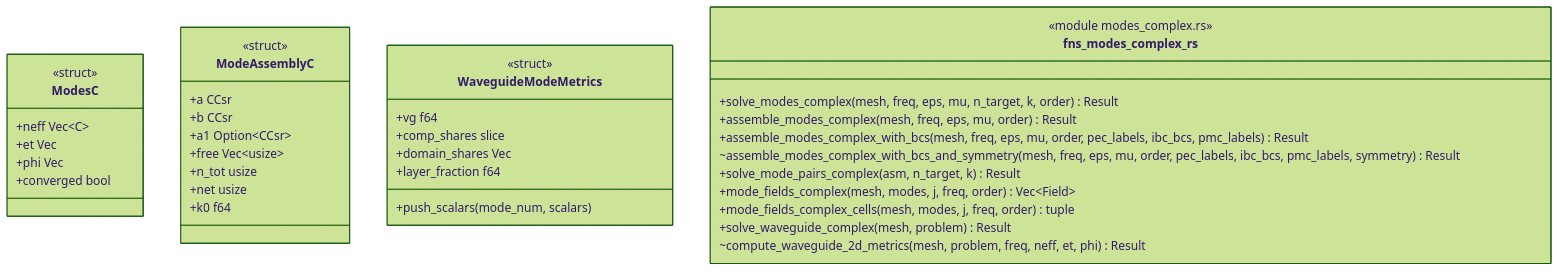
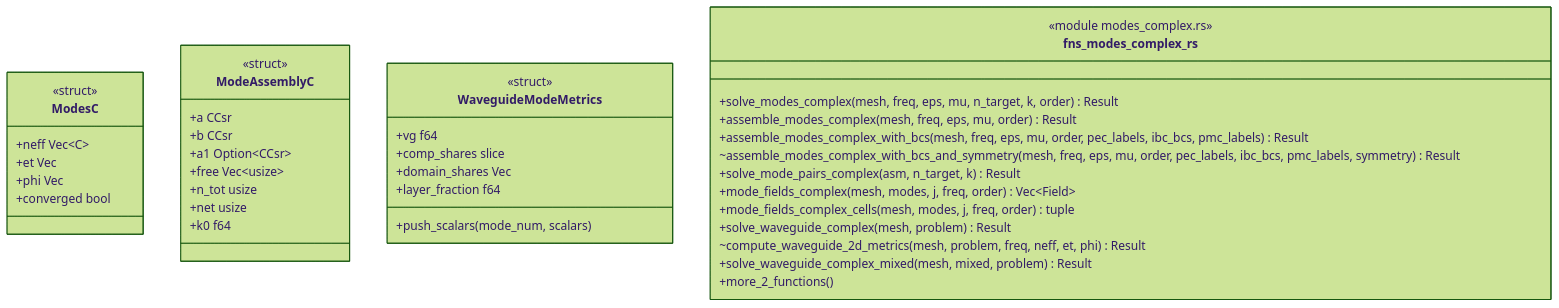
The diagram in docs/architecture/c4/4-code/ems/modescx.md (p-j-r/nyx), drawn with Mermaid (forest theme) before and after one commit. The commit also changed other lines of this file and 110 other files, not shown here.

````diff
--- a/docs/architecture/c4/4-code/ems/modescx.md
+++ b/docs/architecture/c4/4-code/ems/modescx.md
@@ -39,40 +40,42 @@
 ```mermaid
 classDiagram
   class ModesC {
       <<struct>>
       +neff Vec~C~
       +et Vec
       +phi Vec
       +converged bool
   }
   class ModeAssemblyC {
       <<struct>>
       +a CCsr
       +b CCsr
       +a1 Option~CCsr~
       +free Vec~usize~
       +n_tot usize
       +net usize
       +k0 f64
   }
   class WaveguideModeMetrics {
       <<struct>>
       +vg f64
       +comp_shares slice
       +domain_shares Vec
       +layer_fraction f64
       +push_scalars(mode_num, scalars)
   }
   class fns_modes_complex_rs {
       <<module modes_complex.rs>>
       +solve_modes_complex(mesh, freq, eps, mu, n_target, k, order) Result
       +assemble_modes_complex(mesh, freq, eps, mu, order) Result
       +assemble_modes_complex_with_bcs(mesh, freq, eps, mu, order, pec_labels, ibc_bcs, pmc_labels) Result
       ~assemble_modes_complex_with_bcs_and_symmetry(mesh, freq, eps, mu, order, pec_labels, ibc_bcs, pmc_labels, symmetry) Result
       +solve_mode_pairs_complex(asm, n_target, k) Result
       +mode_fields_complex(mesh, modes, j, freq, order) Vec~Field~
       +mode_fields_complex_cells(mesh, modes, j, freq, order) tuple
       +solve_waveguide_complex(mesh, problem) Result
       ~compute_waveguide_2d_metrics(mesh, problem, freq, neff, et, phi) Result
+      +solve_waveguide_complex_mixed(mesh, mixed, problem) Result
+      +more_2_functions()
   }
 ```
````
